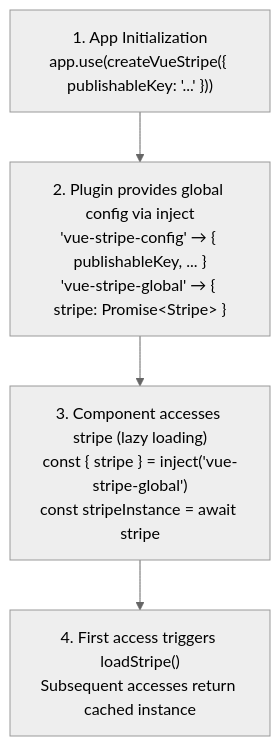
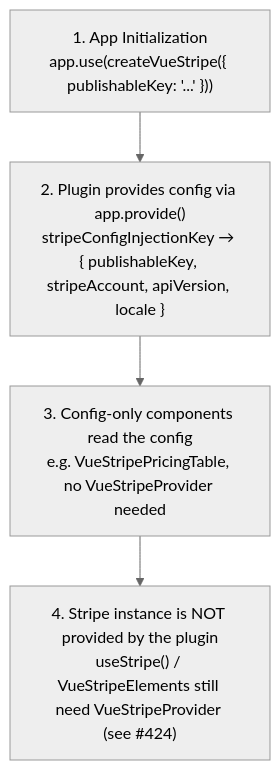
One commit to vue-stripe/vue-stripe changed the diagram in apps/docs/api/plugin.md. Above: the diagram before and after it, drawn with Mermaid (neutral theme). The commit also changed other lines of this file and 27 other files, not shown here.

````diff
--- a/apps/docs/api/plugin.md
+++ b/apps/docs/api/plugin.md
@@ -33,6 +35,6 @@
 ```mermaid
 flowchart TD
-    A["1. App Initialization<br/>app.use(createVueStripe({ publishableKey: '...' }))"] --> B["2. Plugin provides global config via inject<br/>'vue-stripe-config' → { publishableKey, ... }<br/>'vue-stripe-global' → { stripe: Promise#lt;Stripe#gt; }"]
-    B --> C["3. Component accesses stripe (lazy loading)<br/>const { stripe } = inject('vue-stripe-global')<br/>const stripeInstance = await stripe"]
-    C --> D["4. First access triggers loadStripe()<br/>Subsequent accesses return cached instance"]
+    A["1. App Initialization<br/>app.use(createVueStripe({ publishableKey: '...' }))"] --> B["2. Plugin provides config via app.provide()<br/>stripeConfigInjectionKey → { publishableKey, stripeAccount, apiVersion, locale }"]
+    B --> C["3. Config-only components read the config<br/>e.g. VueStripePricingTable, no VueStripeProvider needed"]
+    C --> D["4. Stripe instance is NOT provided by the plugin<br/>useStripe() / VueStripeElements still need VueStripeProvider (see #424)"]
 ```
````
